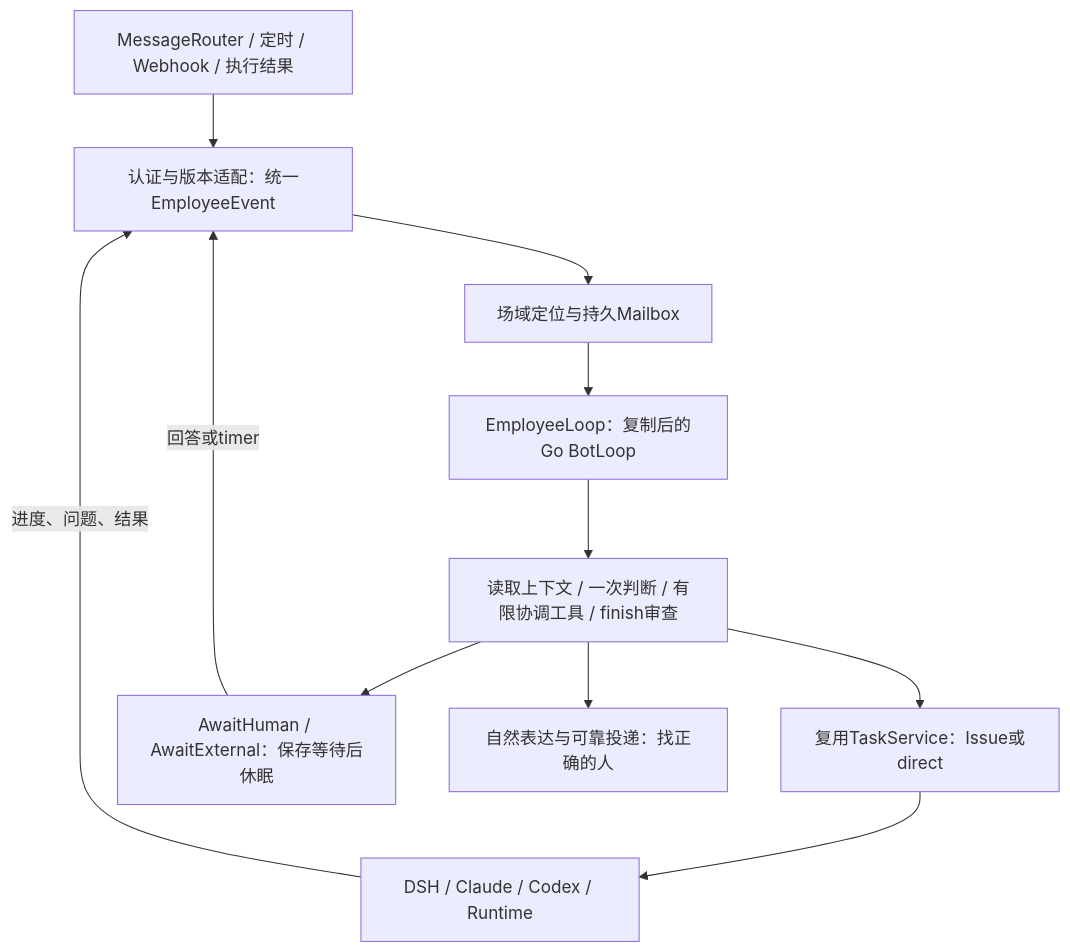
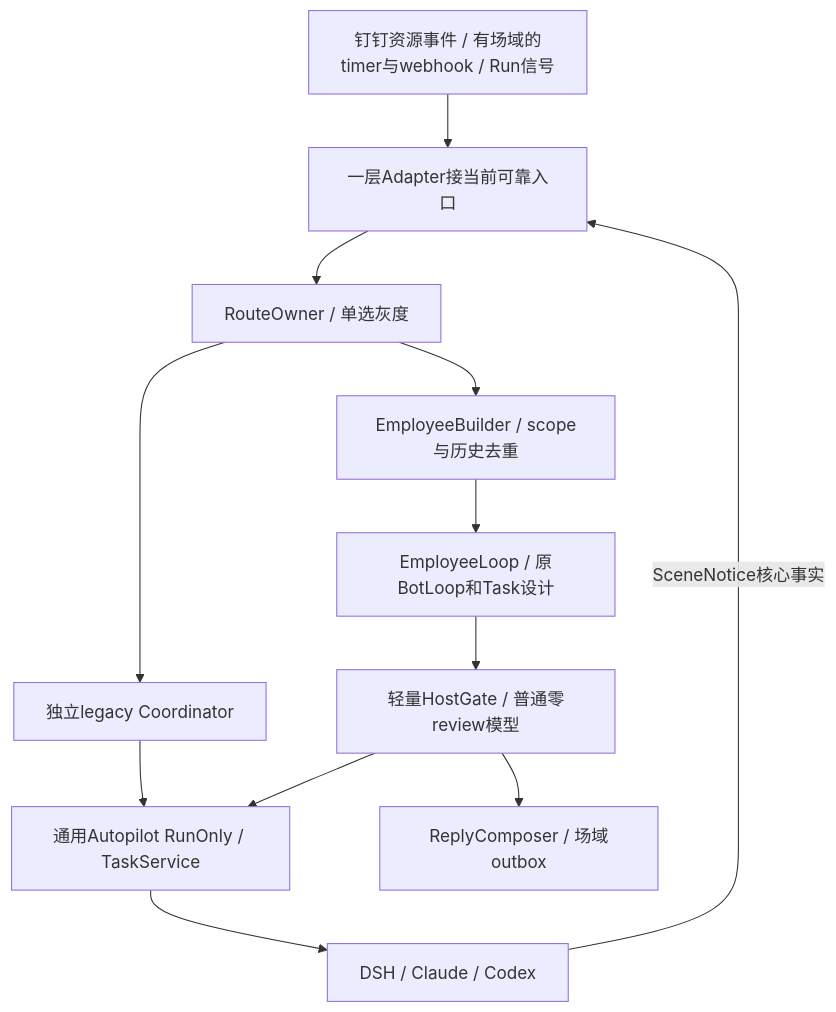
The diagram in docs/plans/2026-09-30/employee-loop-overview.md (D1-2004/multica), drawn with Mermaid before and after one commit. The commit also changed other lines of this file and 4 other files, not shown here.

First line of the commit message:
docs(employee-loop): 细化场域 Builder 和 RunOnly Task 并保留灰度通道

````diff
--- a/docs/plans/2026-09-30/employee-loop-overview.md
+++ b/docs/plans/2026-09-30/employee-loop-overview.md
@@ -25,13 +25,14 @@
 ```mermaid
 flowchart TD
-  S[MessageRouter / 定时 / Webhook / 执行结果] --> E[认证与版本适配：统一EmployeeEvent]
-  E --> M[场域定位与持久Mailbox]
-  M --> L[EmployeeLoop：复制后的Go BotLoop]
-  L --> C[读取上下文 / 一次判断 / 有限协调工具 / finish审查]
-  C --> X[复用TaskService：Issue或direct]
-  X --> H[DSH / Claude / Codex / Runtime]
-  C --> W[AwaitHuman / AwaitExternal：保存等待后休眠]
-  H -->|进度、问题、结果| E
-  W -->|回答或timer| E
-  C --> R[自然表达与可靠投递：找正确的人]
+  E[钉钉资源事件 / 有场域的timer与webhook / Run信号] --> A[一层Adapter接当前可靠入口]
+  A --> R[RouteOwner / 单选灰度]
+  R --> OLD[独立legacy Coordinator]
+  R --> B[EmployeeBuilder / scope与历史去重]
+  B --> L[EmployeeLoop / 原BotLoop和Task设计]
+  L --> G[轻量HostGate / 普通零review模型]
+  G --> X[通用Autopilot RunOnly / TaskService]
+  OLD --> X
+  X --> H[DSH / Claude / Codex]
+  H -->|SceneNotice核心事实| A
+  G --> O[ReplyComposer / 场域outbox]
 ```
````
